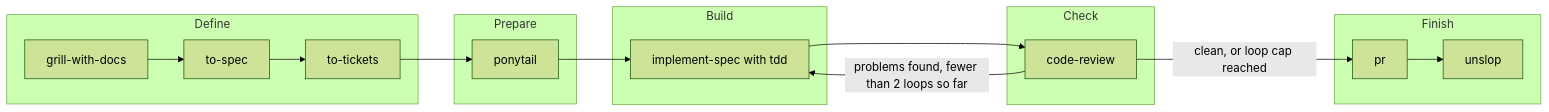
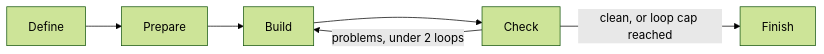
The diagram in README.md (TDSchreur/tds-factory), drawn with Mermaid (forest theme) before and after one commit.

Commit message:
Simplify README flow diagram to Stages only

````diff
--- a/README.md
+++ b/README.md
@@ -11,22 +11,6 @@
 ```mermaid
 flowchart LR
-    subgraph Define
-        A[grill-with-docs] --> B[to-spec] --> C[to-tickets]
-    end
-    subgraph Prepare
-        D[ponytail]
-    end
-    subgraph Build
-        E[implement-spec with tdd]
-    end
-    subgraph Check
-        F[code-review]
-    end
-    subgraph Finish
-        G[pr] --> H[unslop]
-    end
-
-    C --> D --> E --> F
-    F -->|problems found, fewer than 2 loops so far| E
-    F -->|clean, or loop cap reached| G
+    Define --> Prepare --> Build --> Check
+    Check -->|problems, under 2 loops| Build
+    Check -->|clean, or loop cap reached| Finish
 ```
````
